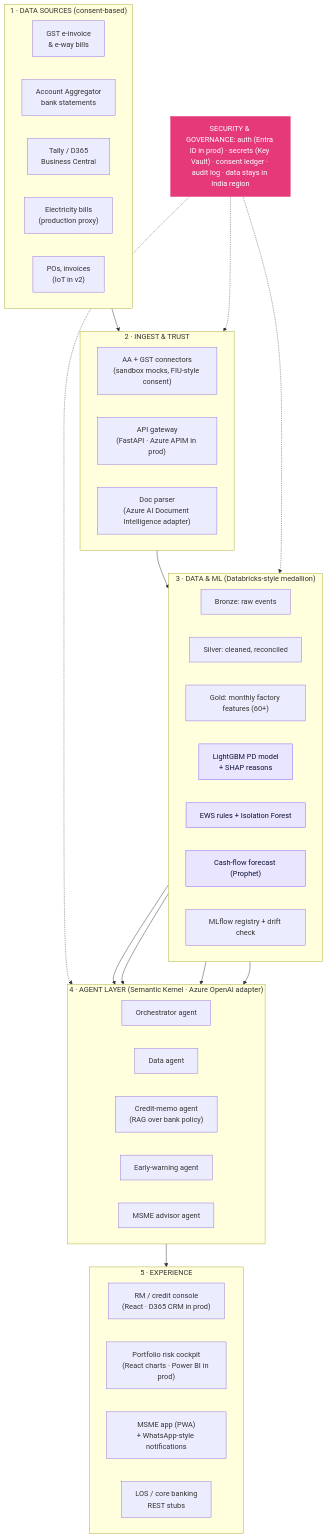
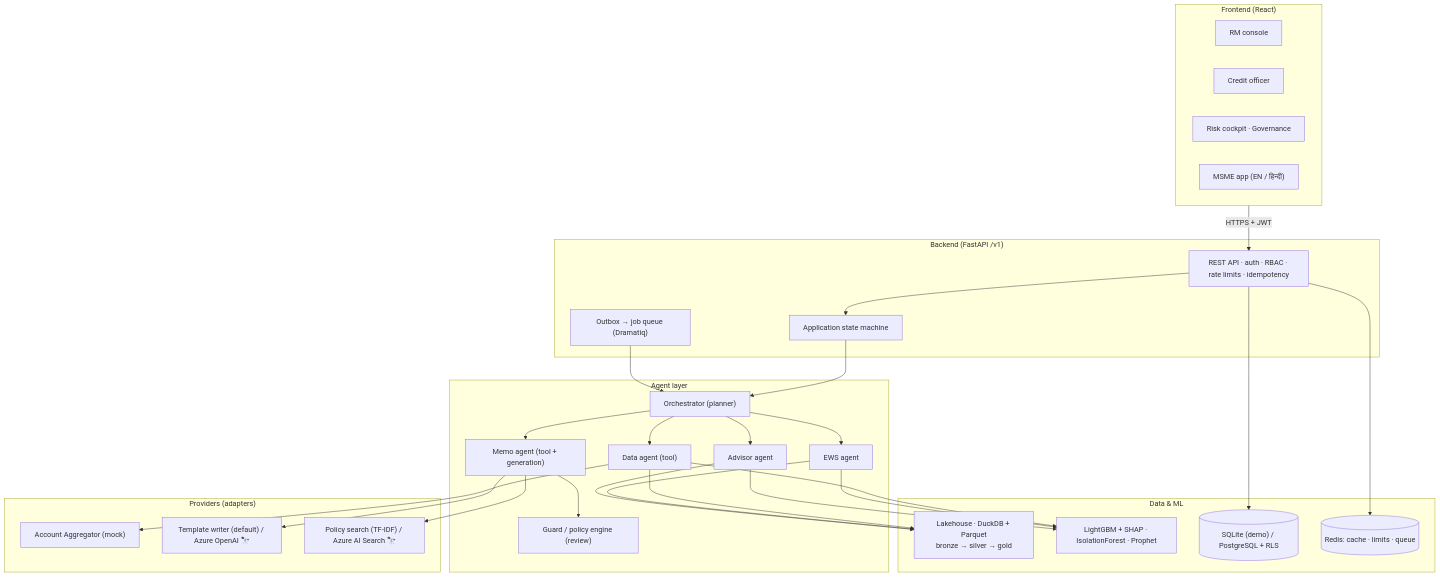
Before and after one commit to yugh88/UdyamPulse: the diagram in docs/diagrams/architecture.mmd, drawn with Mermaid. The commit also changed 14 other files, not shown here.

First line of the commit message:
docs: README rewritten in the official 16-point order with evaluation map, status on every claim, why-this-tool table and Mermaid diagrams

```diff
--- a/docs/diagrams/architecture.mmd
+++ b/docs/diagrams/architecture.mmd
@@ -1,59 +1,31 @@
 flowchart TB
-    subgraph SRC["1 · DATA SOURCES (consent-based)"]
-        direction LR
-        GST["GST e-invoice<br/>& e-way bills"]
-        AA["Account Aggregator<br/>bank statements"]
-        ERP["Tally / D365<br/>Business Central"]
-        PWR["Electricity bills<br/>(production proxy)"]
-        PO["POs, invoices<br/>(IoT in v2)"]
+    subgraph FE["Frontend (React)"]
+        RM["RM console"]; CO["Credit officer"]; RK["Risk cockpit · Governance"]; MS["MSME app (EN / हिन्दी)"]
     end
-
-    subgraph ING["2 · INGEST & TRUST"]
-        direction LR
-        CON["AA + GST connectors<br/>(sandbox mocks, FIU-style consent)"]
-        API["API gateway<br/>(FastAPI · Azure APIM in prod)"]
-        OCR["Doc parser<br/>(Azure AI Document Intelligence adapter)"]
+    subgraph BE["Backend (FastAPI /v1)"]
+        API["REST API · auth · RBAC · rate limits · idempotency"]
+        SM["Application state machine"]
+        Q["Outbox → job queue (Dramatiq)"]
     end
-
-    subgraph DML["3 · DATA & ML (Databricks-style medallion)"]
-        direction LR
-        BR["Bronze: raw events"]
-        SV["Silver: cleaned, reconciled"]
-        GD["Gold: monthly factory features (60+)"]
-        MOD["LightGBM PD model<br/>+ SHAP reasons"]
-        EWS["EWS rules + Isolation Forest"]
-        FC["Cash-flow forecast (Prophet)"]
-        REG["MLflow registry + drift check"]
+    subgraph AG["Agent layer"]
+        OR["Orchestrator (planner)"]; DA["Data agent (tool)"]; ME["Memo agent (tool + generation)"]
+        GU["Guard / policy engine (review)"]; EW["EWS agent"]; AD["Advisor agent"]
     end
-
-    subgraph AGT["4 · AGENT LAYER (Semantic Kernel · Azure OpenAI adapter)"]
-        direction LR
-        ORC["Orchestrator agent"]
-        DA["Data agent"]
-        CMA["Credit-memo agent<br/>(RAG over bank policy)"]
-        EWA["Early-warning agent"]
-        ADV["MSME advisor agent"]
+    subgraph DM["Data & ML"]
+        LK["Lakehouse · DuckDB + Parquet<br/>bronze → silver → gold"]
+        ML["LightGBM + SHAP · IsolationForest · Prophet"]
+        DB[("SQLite (demo) / PostgreSQL + RLS")]
+        RD[("Redis: cache · limits · queue")]
     end
-
-    subgraph EXP["5 · EXPERIENCE"]
-        direction LR
-        RM["RM / credit console<br/>(React · D365 CRM in prod)"]
-        DASH["Portfolio risk cockpit<br/>(React charts · Power BI in prod)"]
-        APP["MSME app (PWA)<br/>+ WhatsApp-style notifications"]
-        LOS["LOS / core banking<br/>REST stubs"]
+    subgraph EXT["Providers (adapters)"]
+        AA["Account Aggregator (mock)"]; LLM["Template writer (default) / Azure OpenAI 🔭"]
+        SRCH["Policy search (TF-IDF) / Azure AI Search 🔭"]
     end
-
-    GOV["SECURITY & GOVERNANCE: auth (Entra ID in prod) · secrets (Key Vault) · consent ledger · audit log · data stays in India region"]
-
-    SRC --> ING --> DML --> AGT --> EXP
-    MOD --> CMA
-    EWS --> EWA
-    FC --> ADV
-    GOV -.-> ING
-    GOV -.-> DML
-    GOV -.-> AGT
-
-    classDef gov fill:#E5397A,stroke:#E5397A,color:#ffffff
-    classDef ml fill:#EAE5FF,stroke:#7B5CFF,color:#0B1033
-    class GOV gov
-    class MOD,EWS,FC ml
+    FE -->|HTTPS + JWT| API --> SM --> OR
+    OR --> DA & ME & EW & AD
+    ME --> GU
+    DA --> AA
+    ME --> LLM & SRCH
+    DA & EW & AD --> LK & ML
+    API --> DB & RD
+    Q --> OR
```
